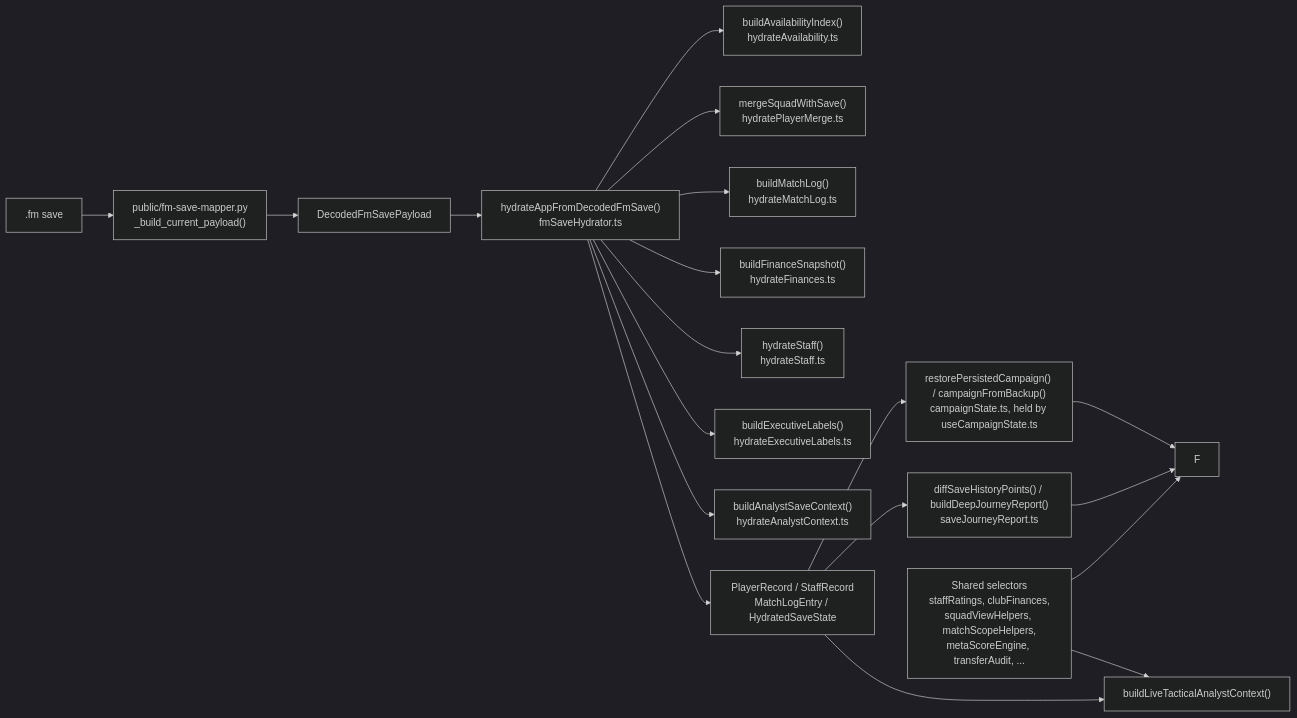
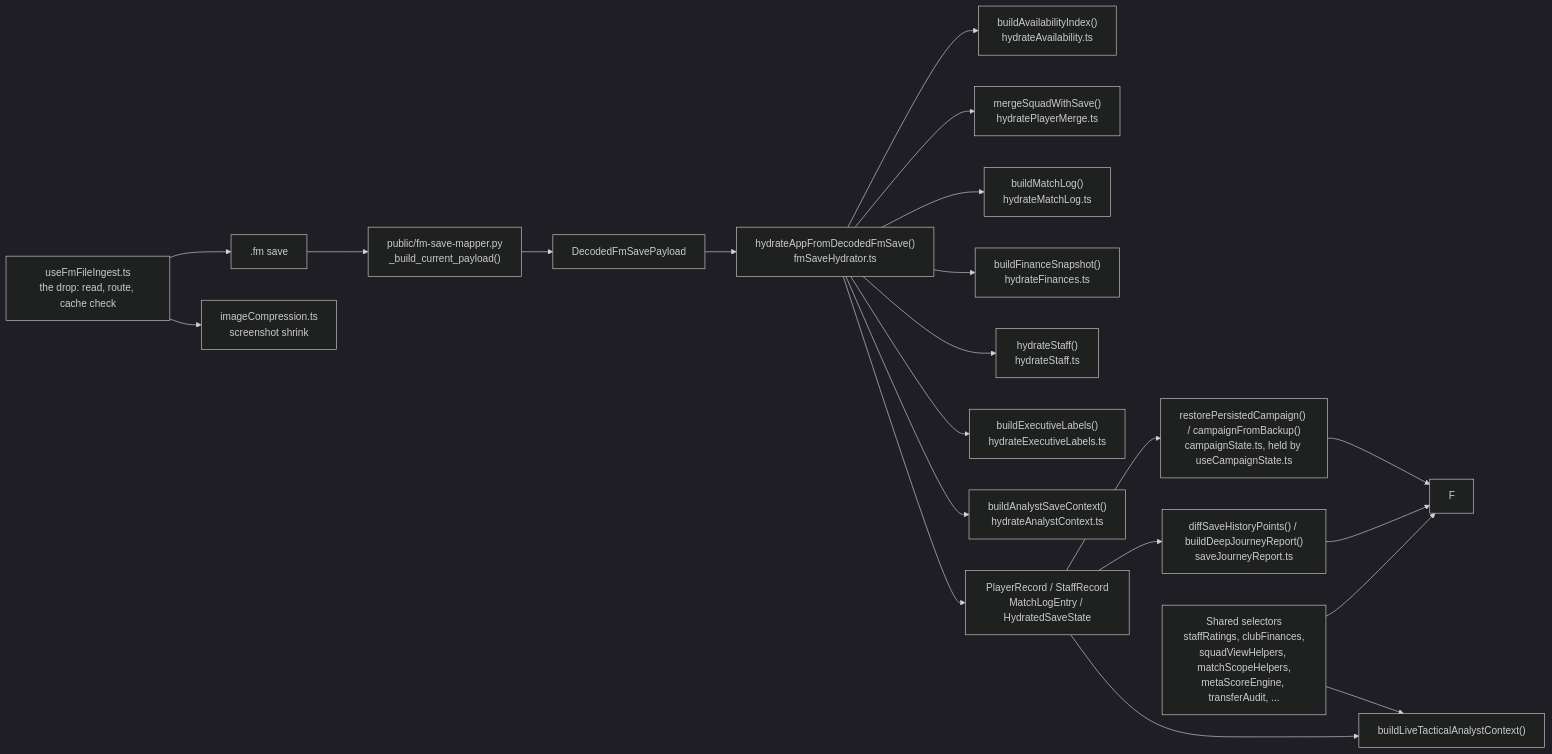
Before and after one commit to bd94fd/fm27-command-hub: the diagram in docs/data-parity-contract-map.md, drawn with Mermaid (dark theme). The commit also changed other lines of this file and 7 other files, not shown here.

````diff
--- a/docs/data-parity-contract-map.md
+++ b/docs/data-parity-contract-map.md
@@ -11,21 +11,23 @@
 ```mermaid
 flowchart LR
+  U["useFmFileIngest.ts<br/>the drop: read, route, cache check"] --> A
+  U --> I["imageCompression.ts<br/>screenshot shrink"]
   A[".fm save"] --> B["public/fm-save-mapper.py<br/>_build_current_payload()"]
   B --> C["DecodedFmSavePayload"]
   C --> D["hydrateAppFromDecodedFmSave()<br/>fmSaveHydrator.ts"]
   D --> D1["buildAvailabilityIndex()<br/>hydrateAvailability.ts"]
   D --> D0["mergeSquadWithSave()<br/>hydratePlayerMerge.ts"]
   D --> D3["buildMatchLog()<br/>hydrateMatchLog.ts"]
   D --> D4["buildFinanceSnapshot()<br/>hydrateFinances.ts"]
   D --> D5["hydrateStaff()<br/>hydrateStaff.ts"]
   D --> D6["buildExecutiveLabels()<br/>hydrateExecutiveLabels.ts"]
   D --> D2["buildAnalystSaveContext()<br/>hydrateAnalystContext.ts"]
   D --> E["PlayerRecord / StaffRecord<br/>MatchLogEntry / HydratedSaveState"]
   E --> K["restorePersistedCampaign() / campaignFromBackup()<br/>campaignState.ts, held by useCampaignState.ts"]
   K --> F
   E --> J["diffSaveHistoryPoints() / buildDeepJourneyReport()<br/>saveJourneyReport.ts"]
   J --> F
   E --> G["buildLiveTacticalAnalystContext()"]
   H["Shared selectors<br/>staffRatings, clubFinances,<br/>squadViewHelpers, matchScopeHelpers,<br/>metaScoreEngine, transferAudit, ..."] --> F
   H --> G
 ```
````
